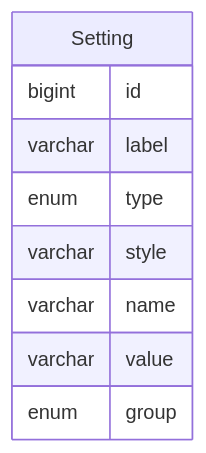
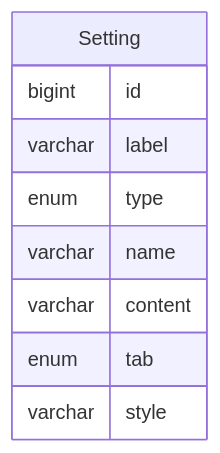
The diagram in docs/1.develop/1.5.setting.md (mrzhqiang/rowing), drawn with Mermaid before and after one commit. The commit also changed other lines of this file and 34 other files, not shown here.

````diff
--- a/docs/1.develop/1.5.setting.md
+++ b/docs/1.develop/1.5.setting.md
@@ -26,12 +24,12 @@
 ```mermaid
 erDiagram
     Setting {
         bigint  id
         varchar label
         enum    type
+        varchar name
+        varchar content
+        enum    tab
         varchar style
-        varchar name
-        varchar value
-        enum    group
     }
 ```
````
